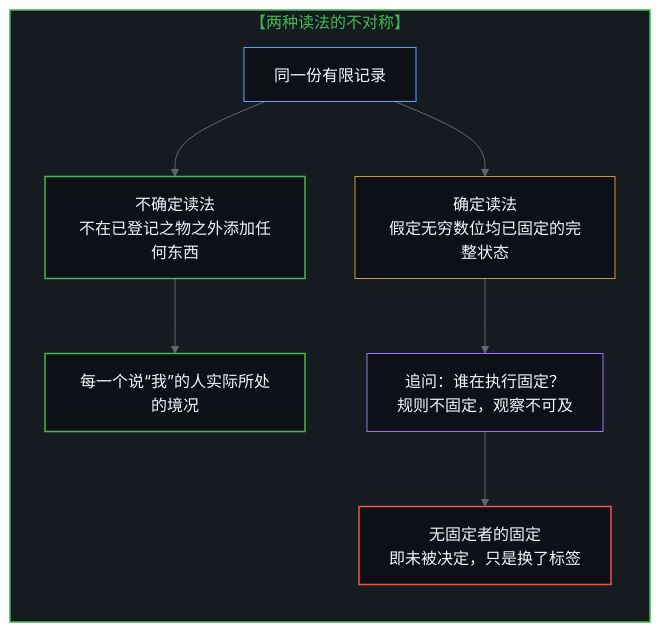
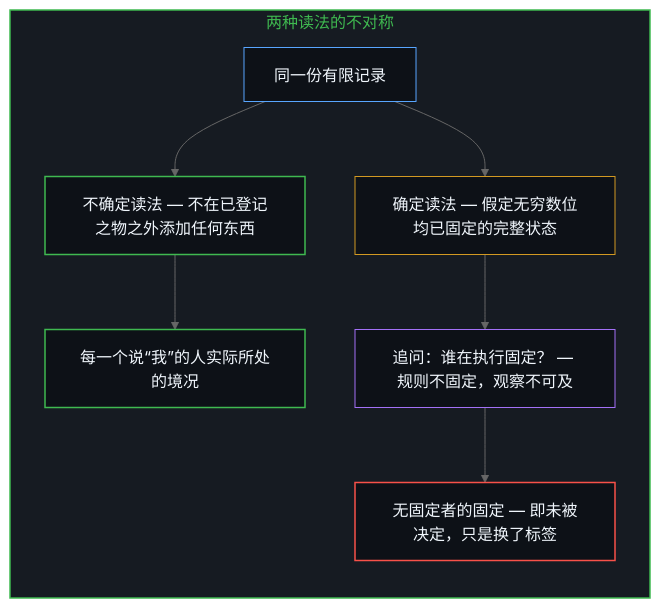
One commit to powerpig99/not-a-toe changed the fifth of 10 diagrams in content/posts/fixed-by-nothing.md. Above: the diagram before and after it, drawn with Mermaid (neutral theme). The commit also changed other lines of this file and 3 other files, not shown here.

````diff
--- a/content/posts/fixed-by-nothing.md
+++ b/content/posts/fixed-by-nothing.md
@@ -125,18 +125,18 @@
 ```mermaid
-graph TD
-    subgraph S_Asymmetry ["【两种读法的不对称】"]
+flowchart TD
+    subgraph S_Asymmetry ["两种读法的不对称"]
         direction TB
-        R0["同一份有限记录"] --> R1["不确定读法<br/>不在已登记之物之外添加任何东西"]
-        R0 --> R2["确定读法<br/>假定无穷数位均已固定的完整状态"]
+        R0["同一份有限记录"] --> R1["不确定读法 — 不在已登记之物之外添加任何东西"]
+        R0 --> R2["确定读法 — 假定无穷数位均已固定的完整状态"]
         R1 --> R5["每一个说“我”的人实际所处的境况"]
-        R2 --> R3["追问：谁在执行固定？<br/>规则不固定，观察不可及"]
-        R3 --> R4["无固定者的固定<br/>即未被决定，只是换了标签"]
+        R2 --> R3["追问：谁在执行固定？ — 规则不固定，观察不可及"]
+        R3 --> R4["无固定者的固定 — 即未被决定，只是换了标签"]
     end
     style S_Asymmetry fill:#161b22,stroke:#3fb950,stroke-width:1.5px,color:#3fb950
     style R0 fill:#0d1117,stroke:#58a6ff,stroke-width:1px,color:#f0f6fc
     style R1 fill:#0d1117,stroke:#3fb950,stroke-width:1.5px,color:#f0f6fc
     style R5 fill:#0d1117,stroke:#3fb950,stroke-width:1.5px,color:#f0f6fc
     style R2 fill:#0d1117,stroke:#d29922,stroke-width:1px,color:#f0f6fc
     style R3 fill:#0d1117,stroke:#a371f7,stroke-width:1px,color:#f0f6fc
     style R4 fill:#0d1117,stroke:#f85149,stroke-width:1.5px,color:#f0f6fc
 ```
````
